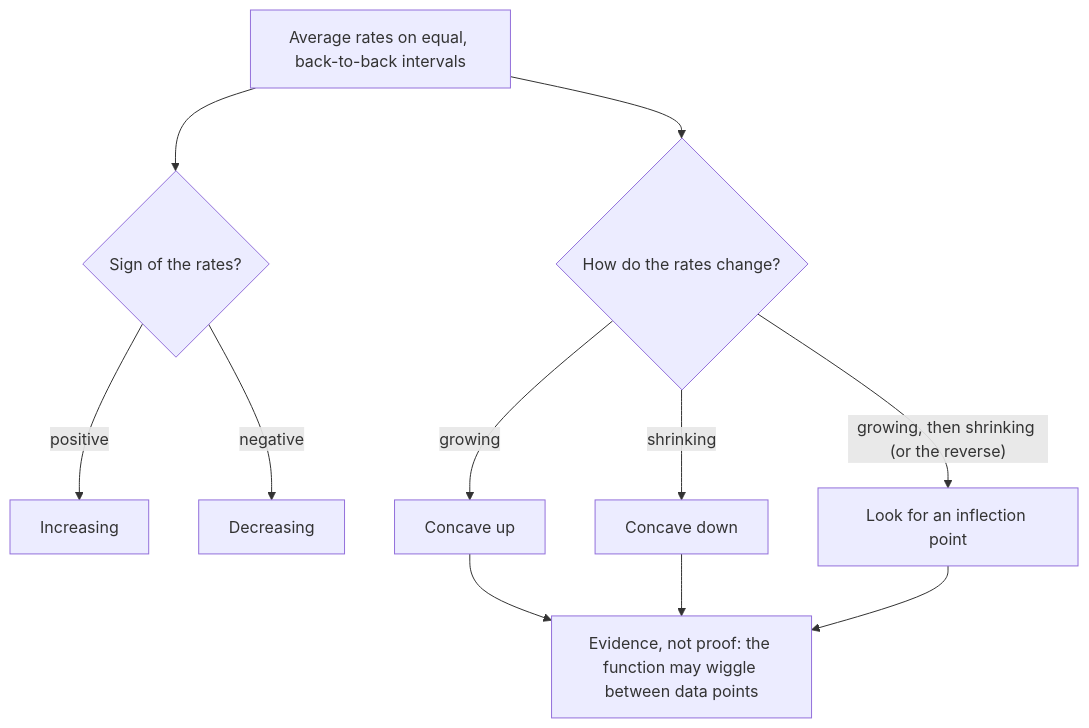
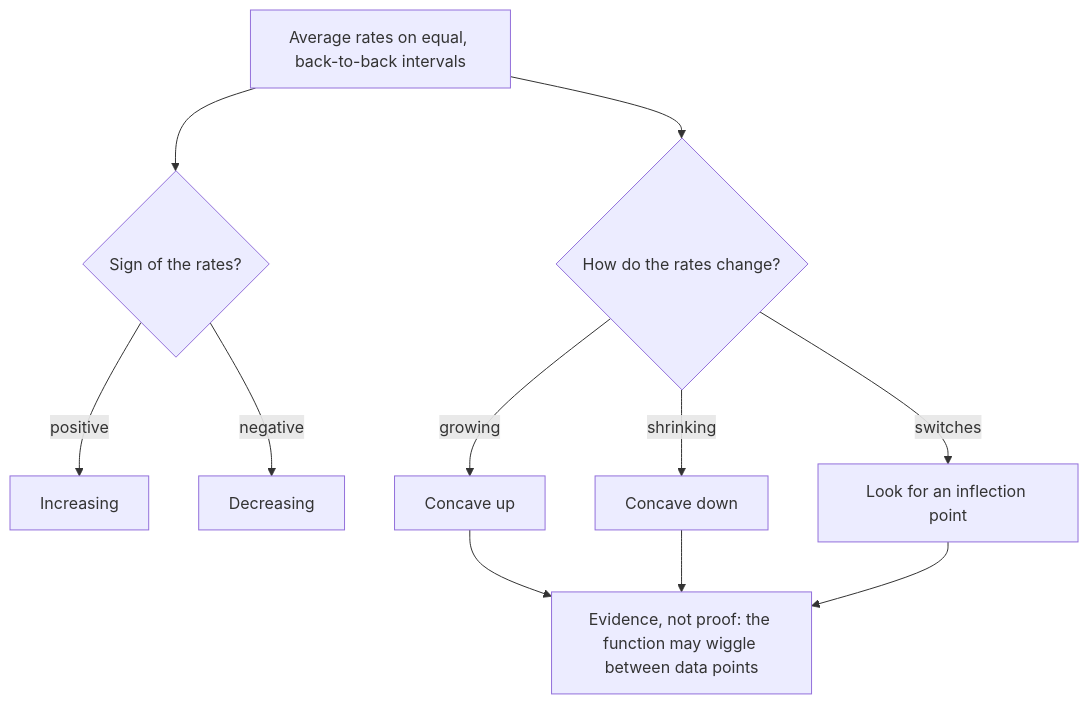
Before and after one commit to Aziliz/erudior: the diagram in content/math/precalculus/lessons/03h1-concavity.md, drawn with Mermaid. The commit also changed other lines of this file and 34 other files, not shown here.

````diff
--- a/content/math/precalculus/lessons/03h1-concavity.md
+++ b/content/math/precalculus/lessons/03h1-concavity.md
@@ -123,15 +123,15 @@
 ```mermaid
 flowchart TD
   accTitle: Reading shape from successive average rates
   accDescr: Start with average rates of change on equal, back-to-back intervals. If the rates are positive the function is increasing there; if negative, decreasing. Separately, if the rates grow from one interval to the next the graph is concave up; if they shrink it is concave down; if they switch from growing to shrinking or back, look for an inflection point. Rates from data are evidence, not proof.
   A["Average rates on equal, back-to-back intervals"] --> B{"Sign of the rates?"}
   B -- positive --> C["Increasing"]
   B -- negative --> D["Decreasing"]
   A --> E{"How do the rates change?"}
   E -- growing --> F["Concave up"]
   E -- shrinking --> G["Concave down"]
-  E -- "growing, then shrinking (or the reverse)" --> H["Look for an inflection point"]
+  E -- switches --> H["Look for an inflection point"]
   F --> I["Evidence, not proof: the function may wiggle between data points"]
   G --> I
   H --> I
 ```
````
